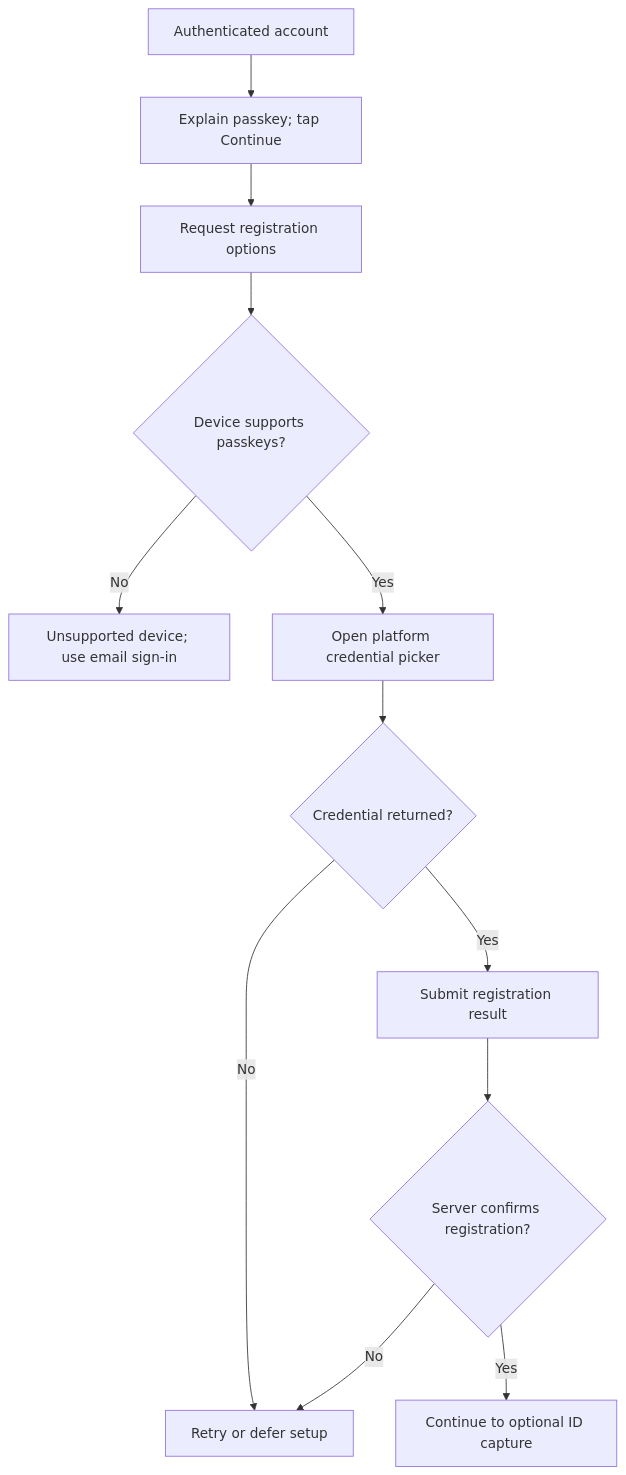
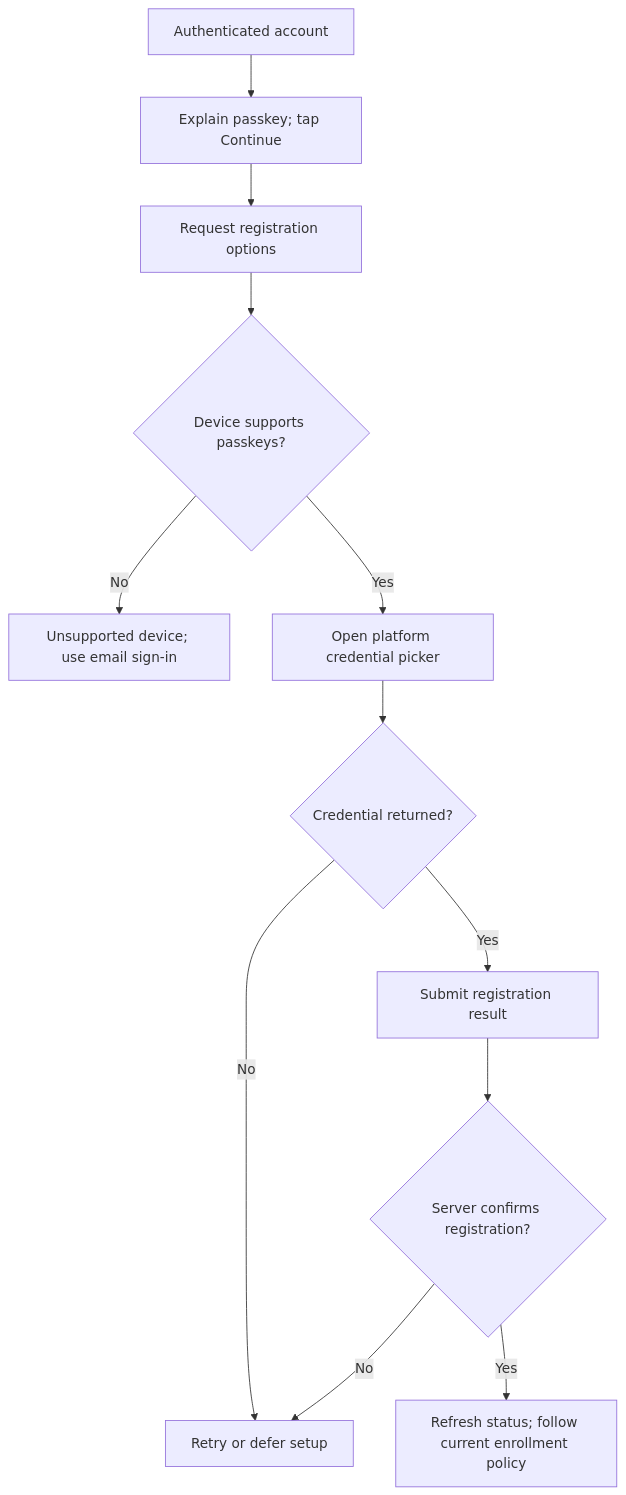
The diagram in auth/onboarding/passkey-creation/flow.md (lambdawalker/design.attestra), drawn with Mermaid before and after one commit. The commit also changed 15 other files, not shown here.

````diff
--- a/auth/onboarding/passkey-creation/flow.md
+++ b/auth/onboarding/passkey-creation/flow.md
@@ -5,14 +5,14 @@
 ```mermaid
 flowchart TD
     S["Authenticated account"] --> I["Explain passkey; tap Continue"]
     I --> O["Request registration options"]
     O --> D{"Device supports passkeys?"}
     D -->|No| U["Unsupported device; use email sign-in"]
     D -->|Yes| P["Open platform credential picker"]
     P --> C{"Credential returned?"}
     C -->|No| R["Retry or defer setup"]
     C -->|Yes| F["Submit registration result"]
     F --> V{"Server confirms registration?"}
     V -->|No| R
-    V -->|Yes| N["Continue to optional ID capture"]
+    V -->|Yes| N["Refresh status; follow current enrollment policy"]
 ```
````
